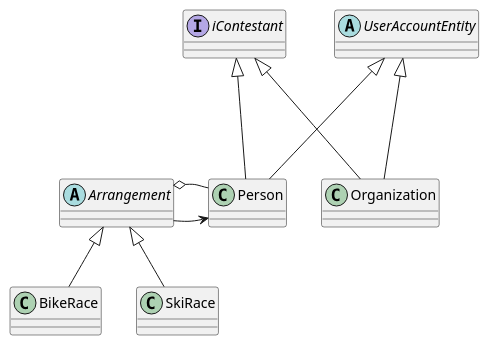
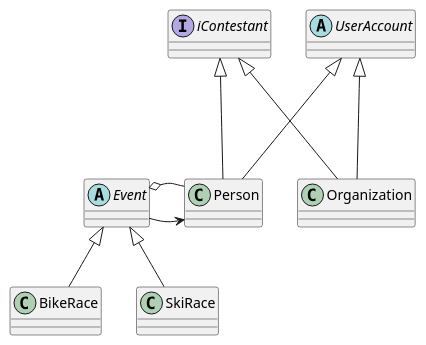
Before and after one commit to emiliozim/seProject1: the diagram in UML/ClassKladd.puml, drawn with PlantUML. The commit also changed 2 other files, not shown here.

```diff
--- a/UML/ClassKladd.puml
+++ b/UML/ClassKladd.puml
@@ -1,41 +1,41 @@
 @startuml
 
 'classes and interfaces
 '--------------------------------------------------------
 
 together {
-    abstract class UserAccountEntity
+    abstract class UserAccount
     interface iContestant
 }
 
 together {
     class Person
     class Organization
 }
 
 
-abstract class Arrangement
+abstract class Event
 
 together {
     class SkiRace
     class BikeRace
 }
 
 
 'interactions
 '-------------------------------------------------------
 top to bottom direction
-Person --up|> UserAccountEntity
-Organization ---up|> UserAccountEntity
+Person --up|> UserAccount
+Organization ---up|> UserAccount
 
 Person --|> iContestant
 Organization ---up|> iContestant
 
-SkiRace --up|> Arrangement
-BikeRace --up|> Arrangement
+SkiRace --up|> Event
+BikeRace --up|> Event
 
 
-Arrangement -right----> Person
-Arrangement o---- Person
+Event -right----> Person
+Event o---- Person
 
 @enduml
```
